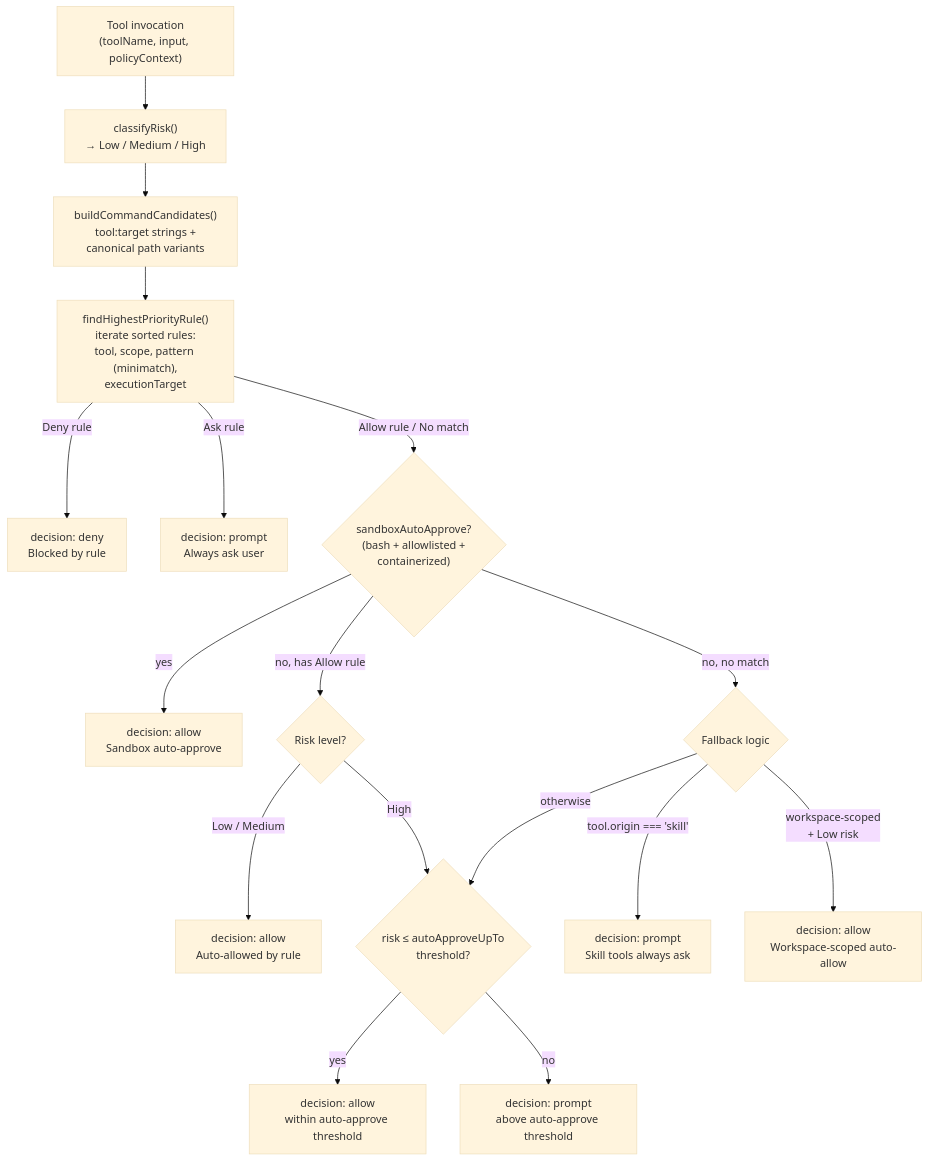
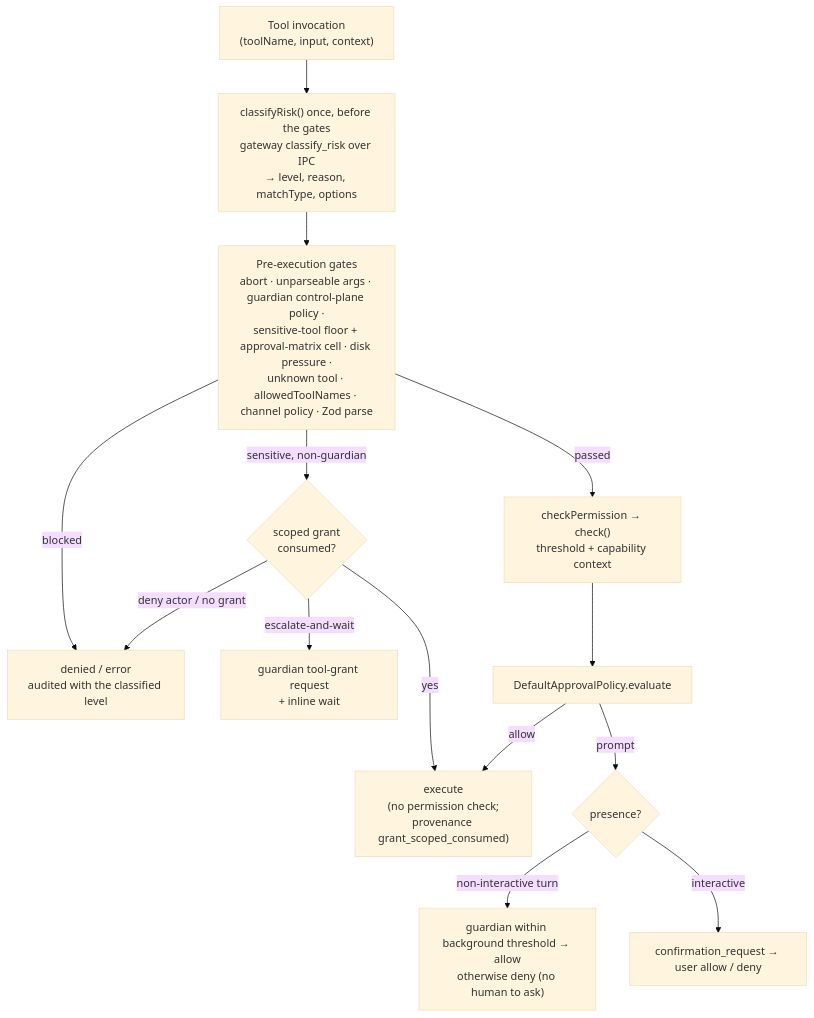
The first of 4 diagrams in assistant/docs/architecture/security.md (vellum-ai/vellum-assistant), drawn with Mermaid (base theme) before and after one commit. The commit also changed other lines of this file and 3 other files, not shown here.

First line of the commit message:
docs(permissions): describe the gateway-owned classification model and state the ownership rule

````diff
--- a/assistant/docs/architecture/security.md
+++ b/assistant/docs/architecture/security.md
@@ -11,25 +16,16 @@
 ```mermaid
 graph TB
-    TOOL_CALL["Tool invocation<br/>(toolName, input, policyContext)"] --> CLASSIFY["classifyRisk()<br/>→ Low / Medium / High"]
-    CLASSIFY --> CANDIDATES["buildCommandCandidates()<br/>tool:target strings +<br/>canonical path variants"]
-    CANDIDATES --> FIND_RULE["findHighestPriorityRule()<br/>iterate sorted rules:<br/>tool, scope, pattern (minimatch),<br/>executionTarget"]
-
-    FIND_RULE -->|"Deny rule"| DENY["decision: deny<br/>Blocked by rule"]
-    FIND_RULE -->|"Ask rule"| PROMPT_ASK["decision: prompt<br/>Always ask user"]
-    FIND_RULE -->|"Allow rule / No match"| SANDBOX_CHECK{"sandboxAutoApprove?<br/>(bash + allowlisted +<br/>containerized)"}
-
-    SANDBOX_CHECK -->|"yes"| AUTO_SANDBOX["decision: allow<br/>Sandbox auto-approve"]
-    SANDBOX_CHECK -->|"no, has Allow rule"| RISK_CHECK{"Risk level?"}
-    SANDBOX_CHECK -->|"no, no match"| NO_MATCH{"Fallback logic"}
-
-    RISK_CHECK -->|"Low / Medium"| AUTO_ALLOW["decision: allow<br/>Auto-allowed by rule"]
-    RISK_CHECK -->|"High"| RISK_THRESHOLD{"Risk-based<br/>threshold fallback"}
-
-    NO_MATCH -->|"tool.origin === 'skill'"| PROMPT_SKILL["decision: prompt<br/>Skill tools always ask"]
-    NO_MATCH -->|"workspace-scoped<br/>+ Low risk"| AUTO_WS["decision: allow<br/>Workspace-scoped auto-allow"]
-    NO_MATCH -->|"otherwise"| RISK_THRESHOLD
-
-    RISK_THRESHOLD{"risk ≤ autoApproveUpTo<br/>threshold?"}
-    RISK_THRESHOLD -->|"yes"| AUTO_THRESHOLD["decision: allow<br/>within auto-approve threshold"]
-    RISK_THRESHOLD -->|"no"| PROMPT_THRESHOLD["decision: prompt<br/>above auto-approve threshold"]
+    TOOL_CALL["Tool invocation<br/>(toolName, input, context)"] --> CLASSIFY["classifyRisk() once, before the gates<br/>gateway classify_risk over IPC<br/>→ level, reason, matchType, options"]
+    CLASSIFY --> GATES["Pre-execution gates<br/>abort · unparseable args · guardian control-plane policy ·<br/>sensitive-tool floor + approval-matrix cell · disk pressure ·<br/>unknown tool · allowedToolNames · channel policy · Zod parse"]
+    GATES -->|"blocked"| GATE_OUT["denied / error<br/>audited with the classified level"]
+    GATES -->|"sensitive, non-guardian"| GRANT{"scoped grant<br/>consumed?"}
+    GRANT -->|"yes"| EXECUTE["execute<br/>(no permission check;<br/>provenance grant_scoped_consumed)"]
+    GRANT -->|"escalate-and-wait"| ESCALATE["guardian tool-grant request<br/>+ inline wait"]
+    GRANT -->|"deny actor / no grant"| GATE_OUT
+    GATES -->|"passed"| CHECK["checkPermission → check()<br/>threshold + capability context"]
+    CHECK --> POLICY["DefaultApprovalPolicy.evaluate"]
+    POLICY -->|"allow"| EXECUTE
+    POLICY -->|"prompt"| PROMPT_ROUTE{"presence?"}
+    PROMPT_ROUTE -->|"non-interactive turn"| AUTO_OR_DENY["guardian within background threshold → allow<br/>otherwise deny (no human to ask)"]
+    PROMPT_ROUTE -->|"interactive"| PROMPT["confirmation_request → user allow / deny"]
 ```
````
